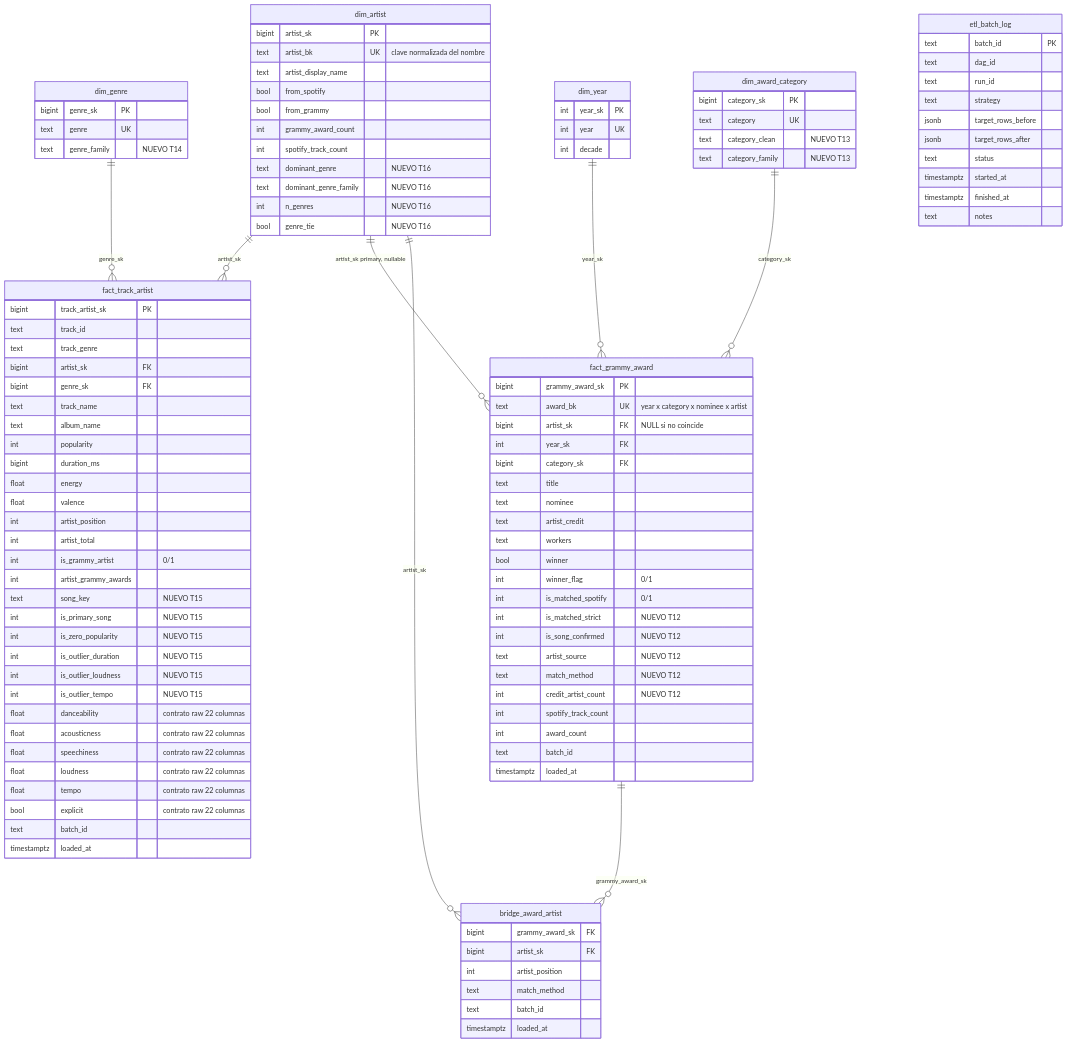
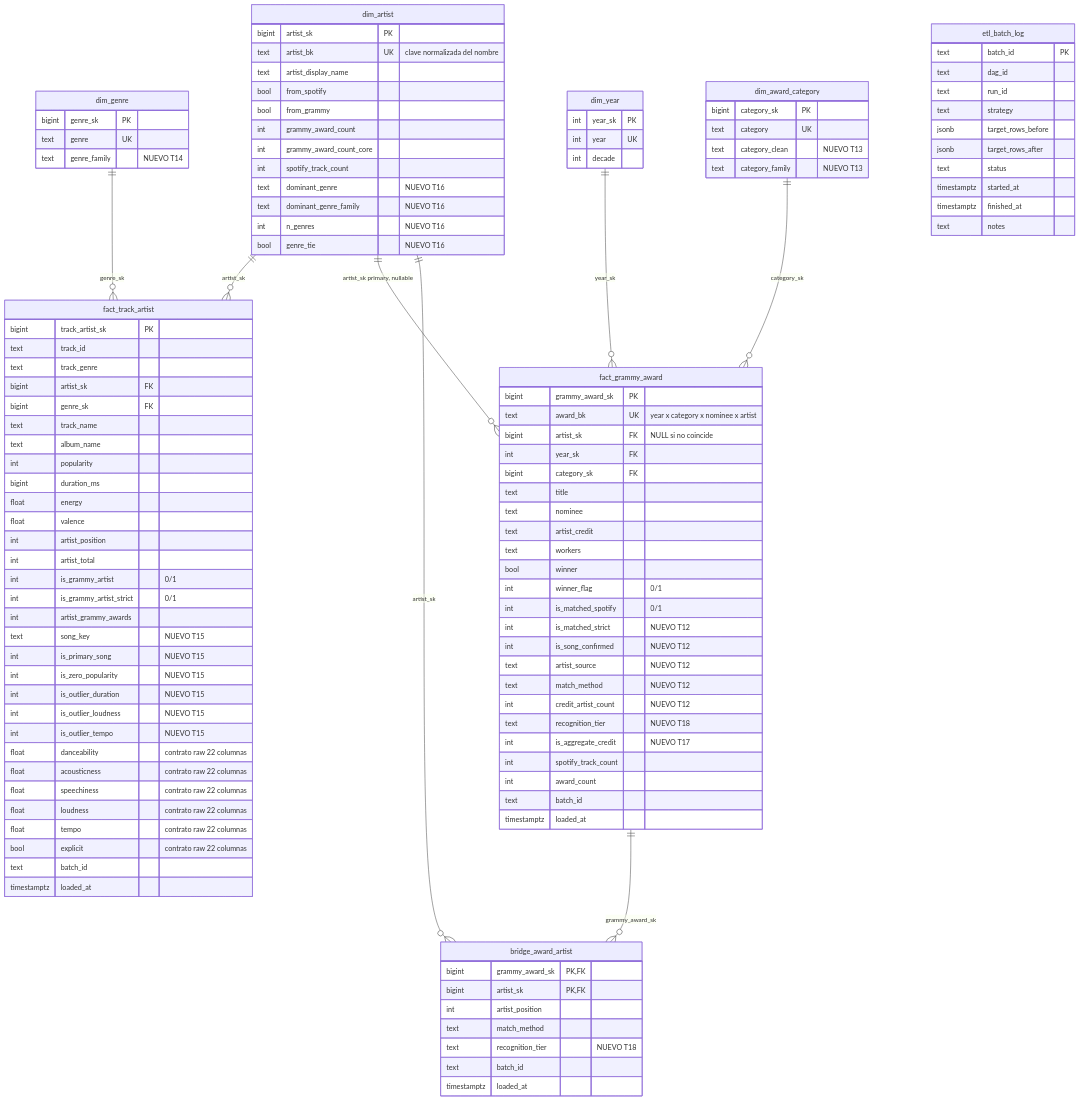
One commit to driosoft-pro/Workshop-2 changed the diagram in README_ES.md. Above: the diagram before and after it, drawn with Mermaid. The commit also changed other lines of this file and 55 other files, not shown here.

```diff
--- a/README_ES.md
+++ b/README_ES.md
@@ -223,6 +230,7 @@
         bool from_spotify
         bool from_grammy
         int grammy_award_count
+        int grammy_award_count_core
         int spotify_track_count
         text dominant_genre "NUEVO T16"
         text dominant_genre_family "NUEVO T16"
@@ -260,6 +268,7 @@
         int artist_position
         int artist_total
         int is_grammy_artist "0/1"
+        int is_grammy_artist_strict "0/1"
         int artist_grammy_awards
         text song_key "NUEVO T15"
         int is_primary_song "NUEVO T15"
@@ -294,16 +303,19 @@
         text artist_source "NUEVO T12"
         text match_method "NUEVO T12"
         int credit_artist_count "NUEVO T12"
+        text recognition_tier "NUEVO T18"
+        int is_aggregate_credit "NUEVO T17"
         int spotify_track_count
         int award_count
         text batch_id
         timestamptz loaded_at
     }
     bridge_award_artist {
-        bigint grammy_award_sk FK
-        bigint artist_sk FK
+        bigint grammy_award_sk PK,FK
+        bigint artist_sk PK,FK
         int artist_position
         text match_method
+        text recognition_tier "NUEVO T18"
         text batch_id
         timestamptz loaded_at
     }
```
